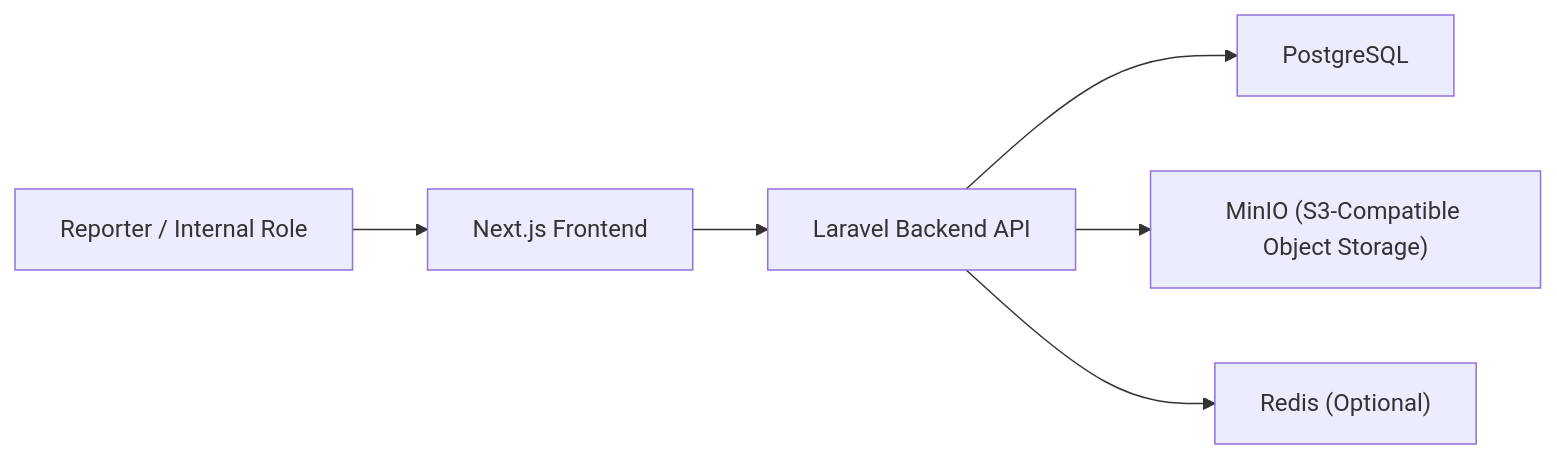
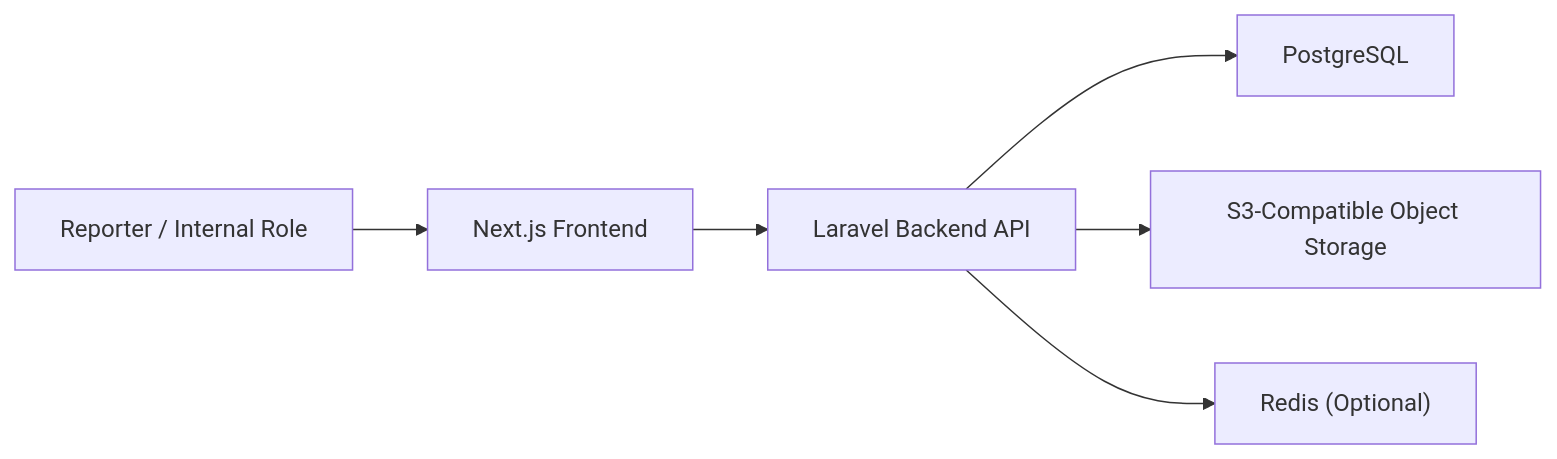
Before and after one commit to aidilikbar/wbs-thesis: the first of 2 diagrams in docs/architecture.md, drawn with Mermaid. The commit also changed other lines of this file and 18 other files, not shown here.

````diff
--- a/docs/architecture.md
+++ b/docs/architecture.md
@@ -16,8 +21,8 @@
 ```mermaid
 flowchart LR
     A["Reporter / Internal Role"] --> B["Next.js Frontend"]
     B --> C["Laravel Backend API"]
     C --> D["PostgreSQL"]
-    C --> E["MinIO (S3-Compatible Object Storage)"]
+    C --> E["S3-Compatible Object Storage"]
     C --> F["Redis (Optional)"]
 ```
````
